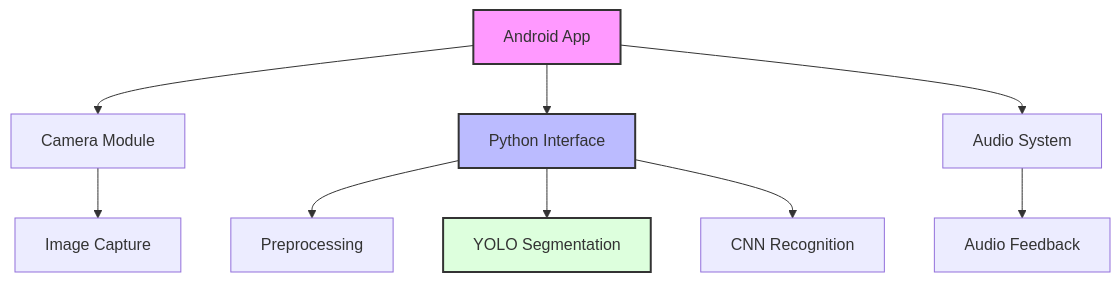
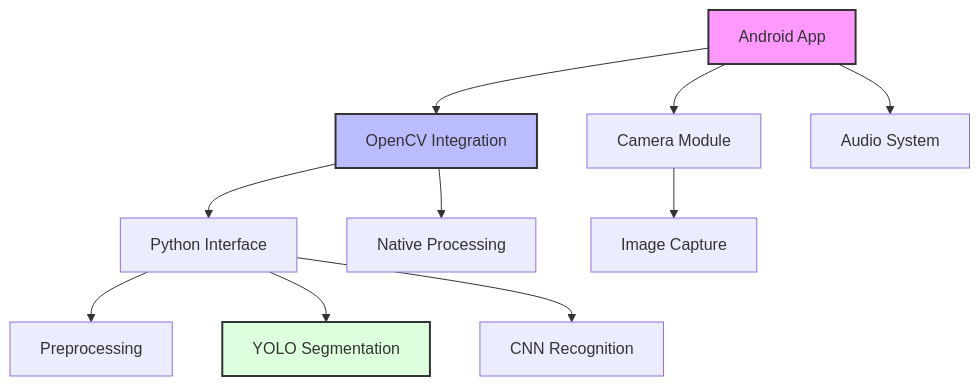
The diagram in README.md (lakmina456/InnoSys_Implementation_03), drawn with Mermaid before and after one commit. The commit also changed other lines of this file, not shown here.

````diff
--- a/README.md
+++ b/README.md
@@ -136,15 +154,16 @@
 ```mermaid
 graph TD
     A[Android App] --> B[Camera Module]
-    A --> C[Python Interface]
-    A --> D[Audio System]
-    B --> E[Image Capture]
-    C --> F[Preprocessing]
-    C --> G[YOLO Segmentation]
-    C --> H[CNN Recognition]
-    D --> I[Audio Feedback]
+    A --> C[OpenCV Integration]
+    C --> D[Python Interface]
+    C --> E[Native Processing]
+    B --> F[Image Capture]
+    D --> G[Preprocessing]
+    D --> H[YOLO Segmentation]
+    D --> I[CNN Recognition]
+    A --> J[Audio System]
 
     style A fill:#f9f,stroke:#333,stroke-width:2px
     style C fill:#bbf,stroke:#333,stroke-width:2px
-    style G fill:#dfd,stroke:#333,stroke-width:2px
+    style H fill:#dfd,stroke:#333,stroke-width:2px
 ```
````
